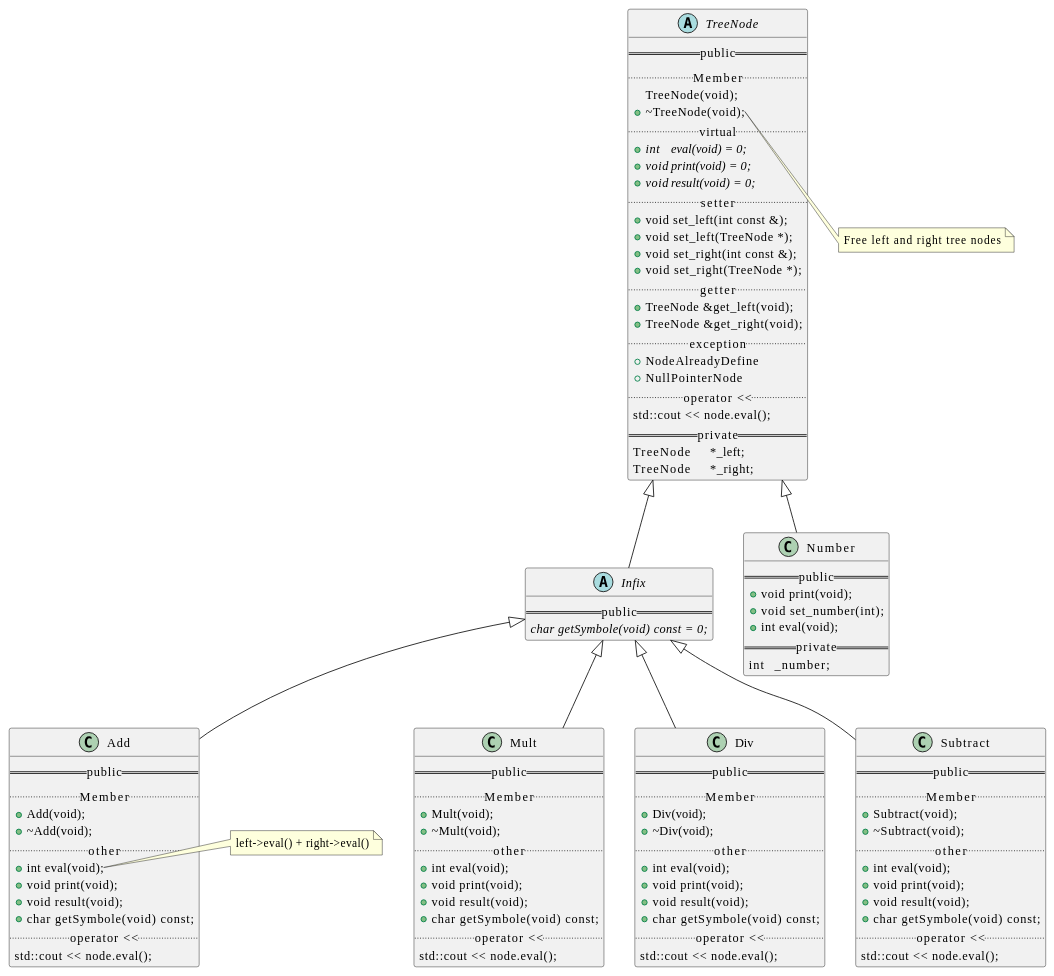
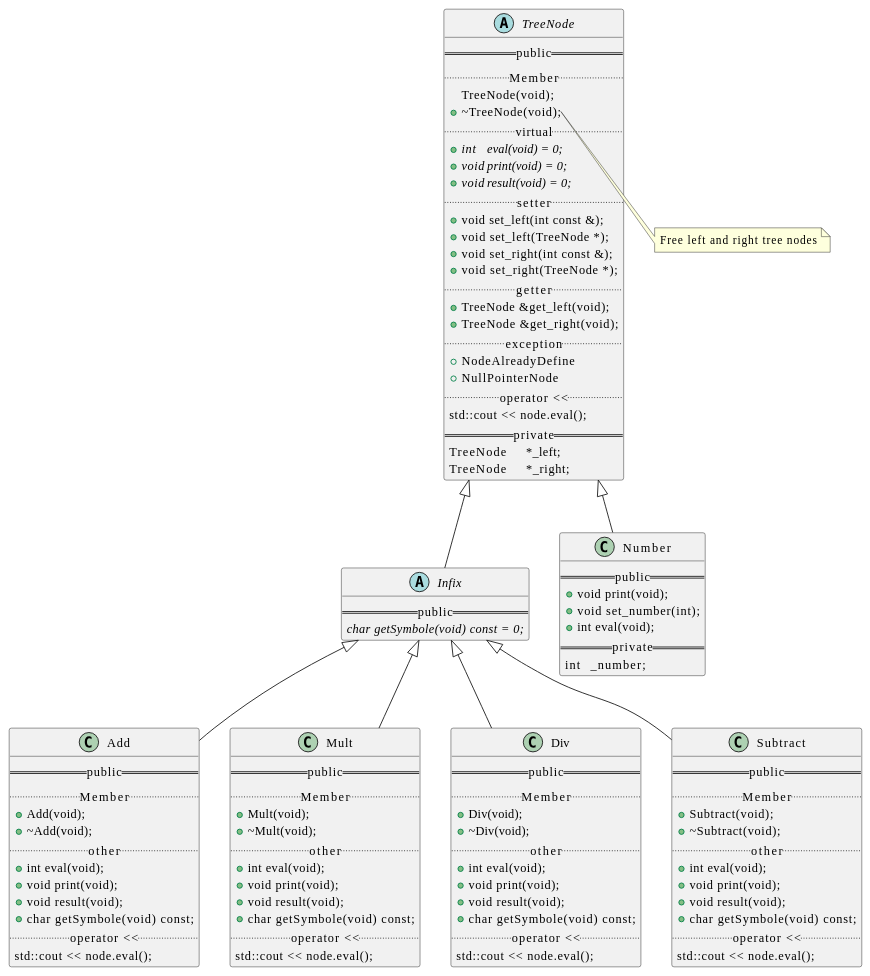
One commit to t-h2o/parsmath changed diagram 12 of 13 in assets/README.adoc. Above: the diagram before and after it, drawn with PlantUML. The commit also changed 1 other file, not shown here.

Commit message:
doc: removed note on function

```diff
--- a/assets/README.adoc
+++ b/assets/README.adoc
@@ -217,9 +217,6 @@
   .. operator << ..
   std::cout << node.eval();
 }
-note right of Add::eval
-  left->eval() + right->eval()
-end note
 
 class Mult {
   == public ==
```
